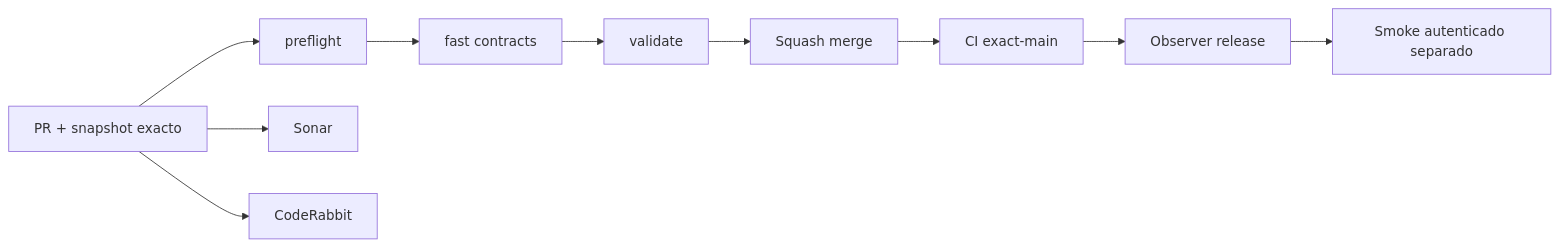
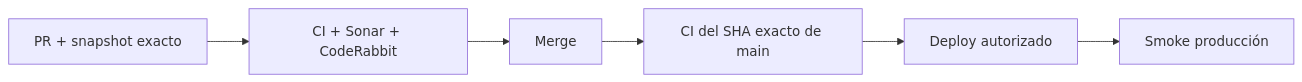
Before and after one commit to pl0n3r/GrindFlow: the diagram in README.md, drawn with Mermaid. The commit also changed other lines of this file, not shown here.

Commit message:
fix(ci): restaura contrato del snapshot README

````diff
--- a/README.md
+++ b/README.md
@@ -47,12 +44,8 @@
 ```mermaid
 flowchart LR
- A["PR + snapshot exacto"] --> P["preflight"]
- P --> F["fast contracts"]
- F --> V["validate"]
- A --> S["Sonar"]
- A --> C["CodeRabbit"]
- V --> M["Squash merge"]
- M --> X["CI exact-main"]
- X --> O["Observer release"]
- O --> T["Smoke autenticado separado"]
+  A[PR + snapshot exacto] --> B[CI + Sonar + CodeRabbit]
+  B --> C[Merge]
+  C --> D[CI del SHA exacto de main]
+  D --> E[Deploy autorizado]
+  E --> F[Smoke producción]
 ```
````
